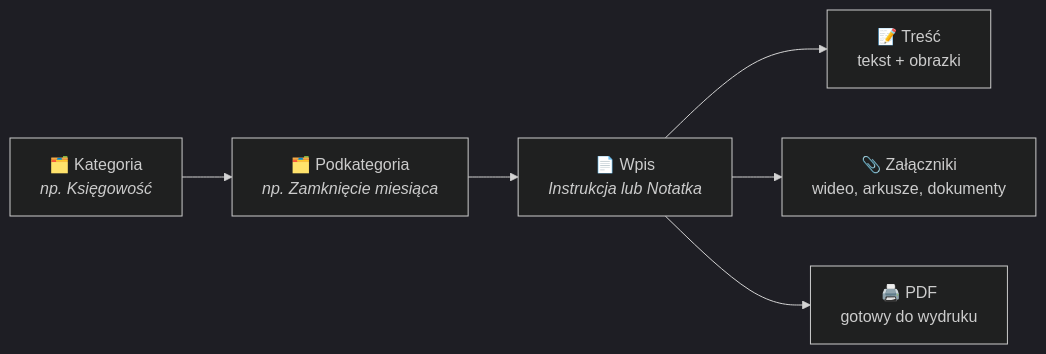
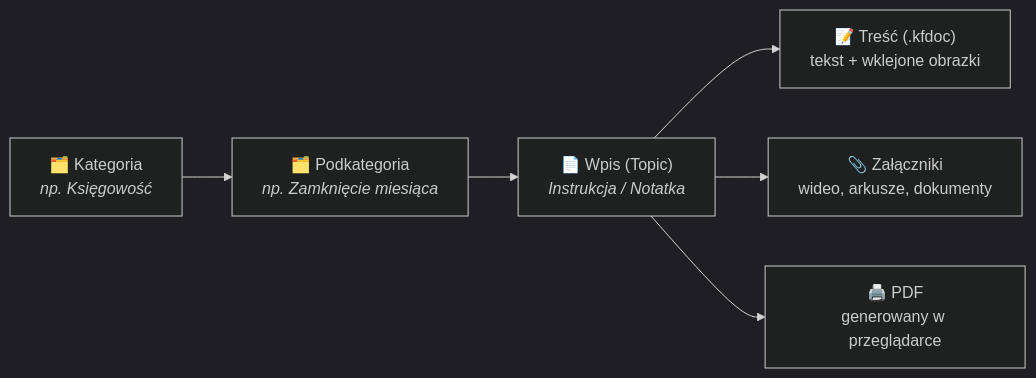
One commit to przemyslawwlodarczyk90/Knowledge-Forge-DOCUMENTATIONS changed the first of 7 diagrams in README.md. Above: the diagram before and after it, drawn with Mermaid (dark theme). The commit also changed other lines of this file and 7 other files, not shown here.

````diff
--- a/README.md
+++ b/README.md
@@ -58,8 +80,8 @@
 ```mermaid
 flowchart LR
     A["🗂️ Kategoria<br/><i>np. Księgowość</i>"] --> B["🗂️ Podkategoria<br/><i>np. Zamknięcie miesiąca</i>"]
-    B --> C["📄 Wpis<br/><i>Instrukcja lub Notatka</i>"]
-    C --> D["📝 Treść<br/>tekst + obrazki"]
+    B --> C["📄 Wpis (Topic)<br/><i>Instrukcja / Notatka</i>"]
+    C --> D["📝 Treść (.kfdoc)<br/>tekst + wklejone obrazki"]
     C --> E["📎 Załączniki<br/>wideo, arkusze, dokumenty"]
-    C --> F["🖨️ PDF<br/>gotowy do wydruku"]
+    C --> F["🖨️ PDF<br/>generowany w przeglądarce"]
 ```
````
